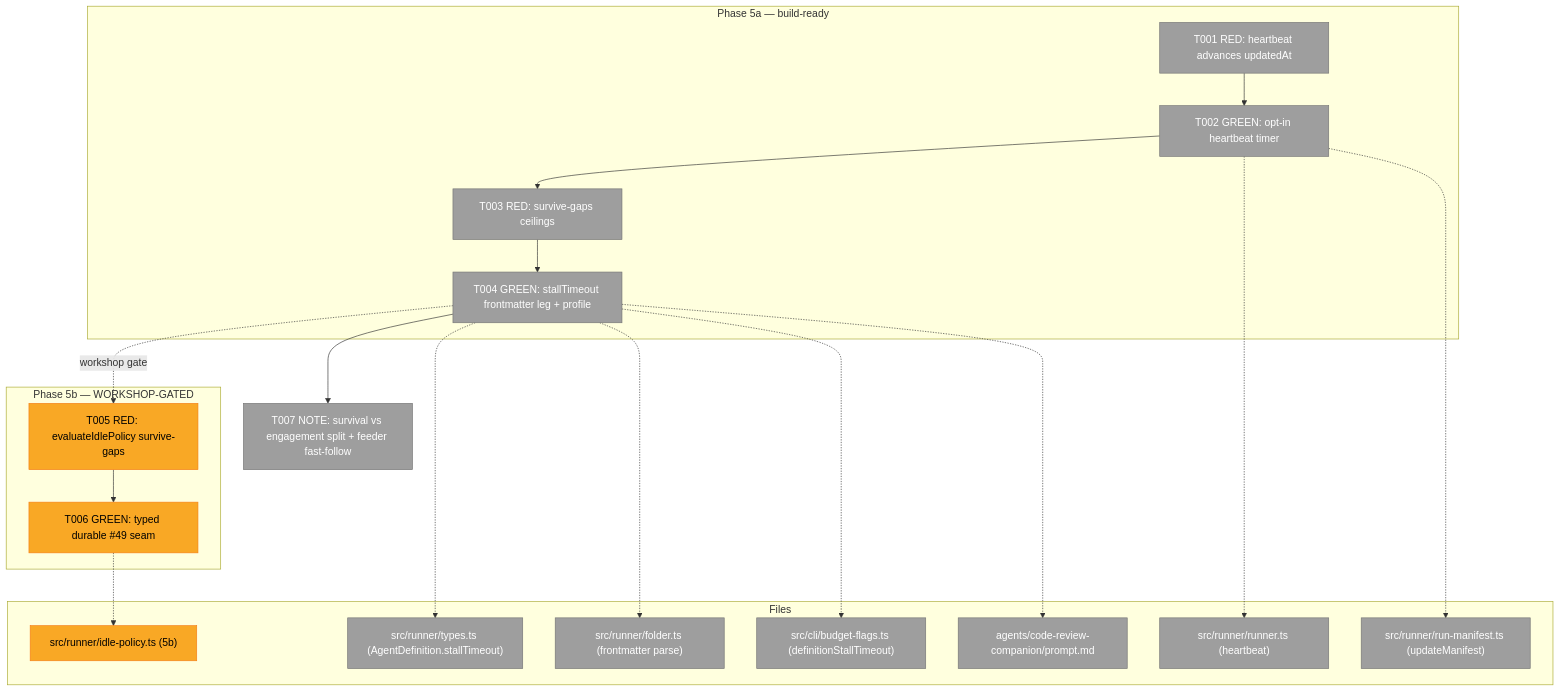
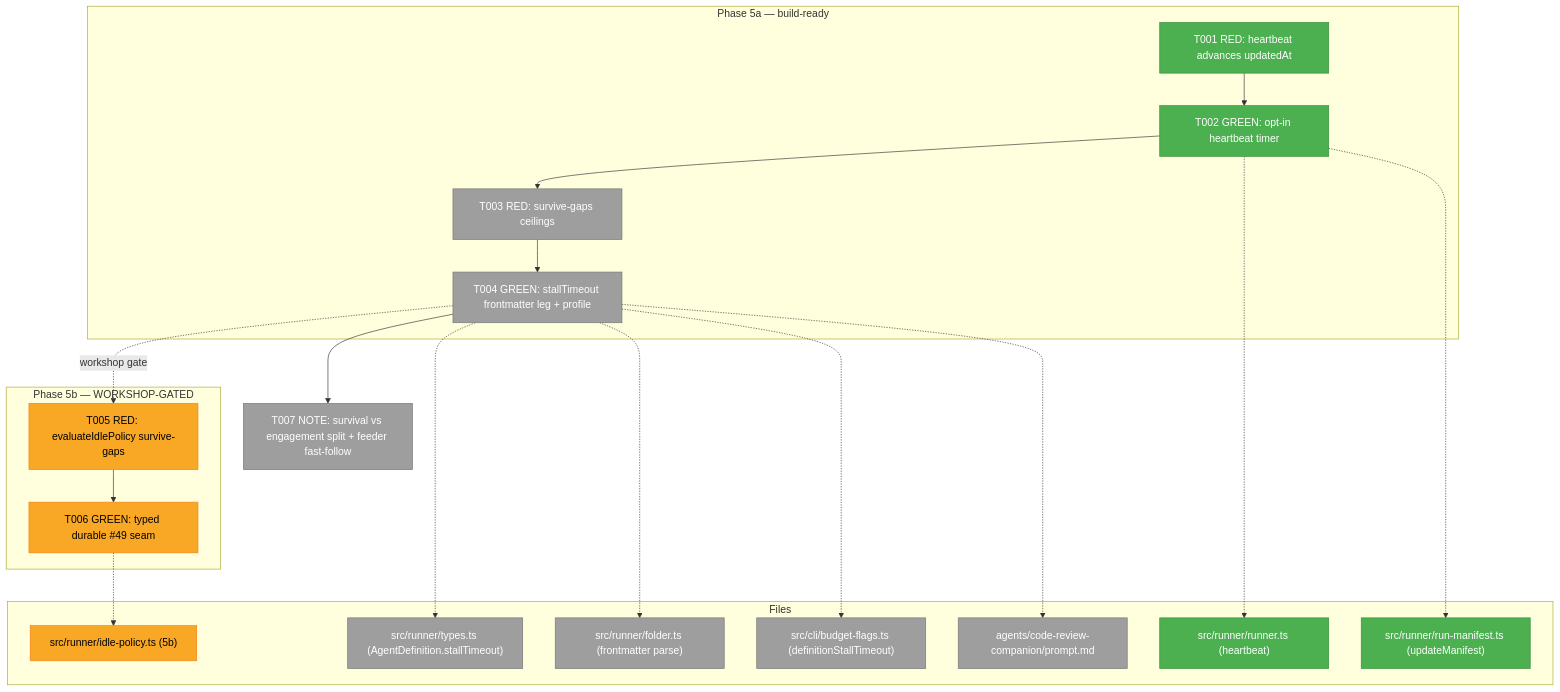
Before and after one commit to AI-Substrate/minih: the first of 3 diagrams in docs/plans/028-companion-mode-reliability/tasks/phase-5-companion-longevity-human-gaps/tasks.md, drawn with Mermaid. The commit also changed other lines of this file and 5 other files, not shown here.

First line of the commit message:
feat(runner): opt-in survive-gaps heartbeat keeps a quiet companion 'active' (plan 028 T001/T002)

````diff
--- a/docs/plans/028-companion-mode-reliability/tasks/phase-5-companion-longevity-human-gaps/tasks.md
+++ b/docs/plans/028-companion-mode-reliability/tasks/phase-5-companion-longevity-human-gaps/tasks.md
@@ -94,43 +94,43 @@
 ```mermaid
 flowchart TD
     classDef pending fill:#9E9E9E,stroke:#757575,color:#fff
     classDef gated fill:#F9A825,stroke:#F57F17,color:#000
     classDef completed fill:#4CAF50,stroke:#388E3C,color:#fff
 
     subgraph P5a["Phase 5a — build-ready"]
-        T001["T001 RED: heartbeat advances updatedAt"]:::pending
-        T002["T002 GREEN: opt-in heartbeat timer"]:::pending
+        T001["T001 RED: heartbeat advances updatedAt"]:::completed
+        T002["T002 GREEN: opt-in heartbeat timer"]:::completed
         T003["T003 RED: survive-gaps ceilings"]:::pending
         T004["T004 GREEN: stallTimeout frontmatter leg + profile"]:::pending
         T001 --> T002 --> T003 --> T004
     end
 
     subgraph P5b["Phase 5b — WORKSHOP-GATED"]
         T005["T005 RED: evaluateIdlePolicy survive-gaps"]:::gated
         T006["T006 GREEN: typed durable #49 seam"]:::gated
         T005 --> T006
     end
 
     T007["T007 NOTE: survival vs engagement split + feeder fast-follow"]:::pending
 
     T004 -.workshop gate.-> T005
     T004 --> T007
 
     subgraph Files["Files"]
-        F1["src/runner/runner.ts (heartbeat)"]:::pending
-        F2["src/runner/run-manifest.ts (updateManifest)"]:::pending
+        F1["src/runner/runner.ts (heartbeat)"]:::completed
+        F2["src/runner/run-manifest.ts (updateManifest)"]:::completed
         F3["src/runner/types.ts (AgentDefinition.stallTimeout)"]:::pending
         F4["src/runner/folder.ts (frontmatter parse)"]:::pending
         F5["src/cli/budget-flags.ts (definitionStallTimeout)"]:::pending
         F6["agents/code-review-companion/prompt.md"]:::pending
         F7["src/runner/idle-policy.ts (5b)"]:::gated
     end
 
     T002 -.-> F1
     T002 -.-> F2
     T004 -.-> F3
     T004 -.-> F4
     T004 -.-> F5
     T004 -.-> F6
     T006 -.-> F7
 ```
````
